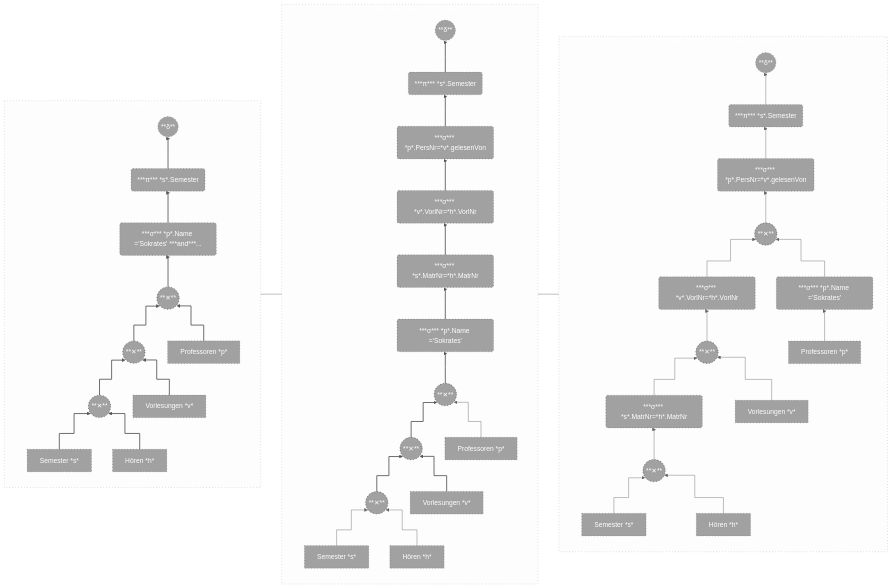
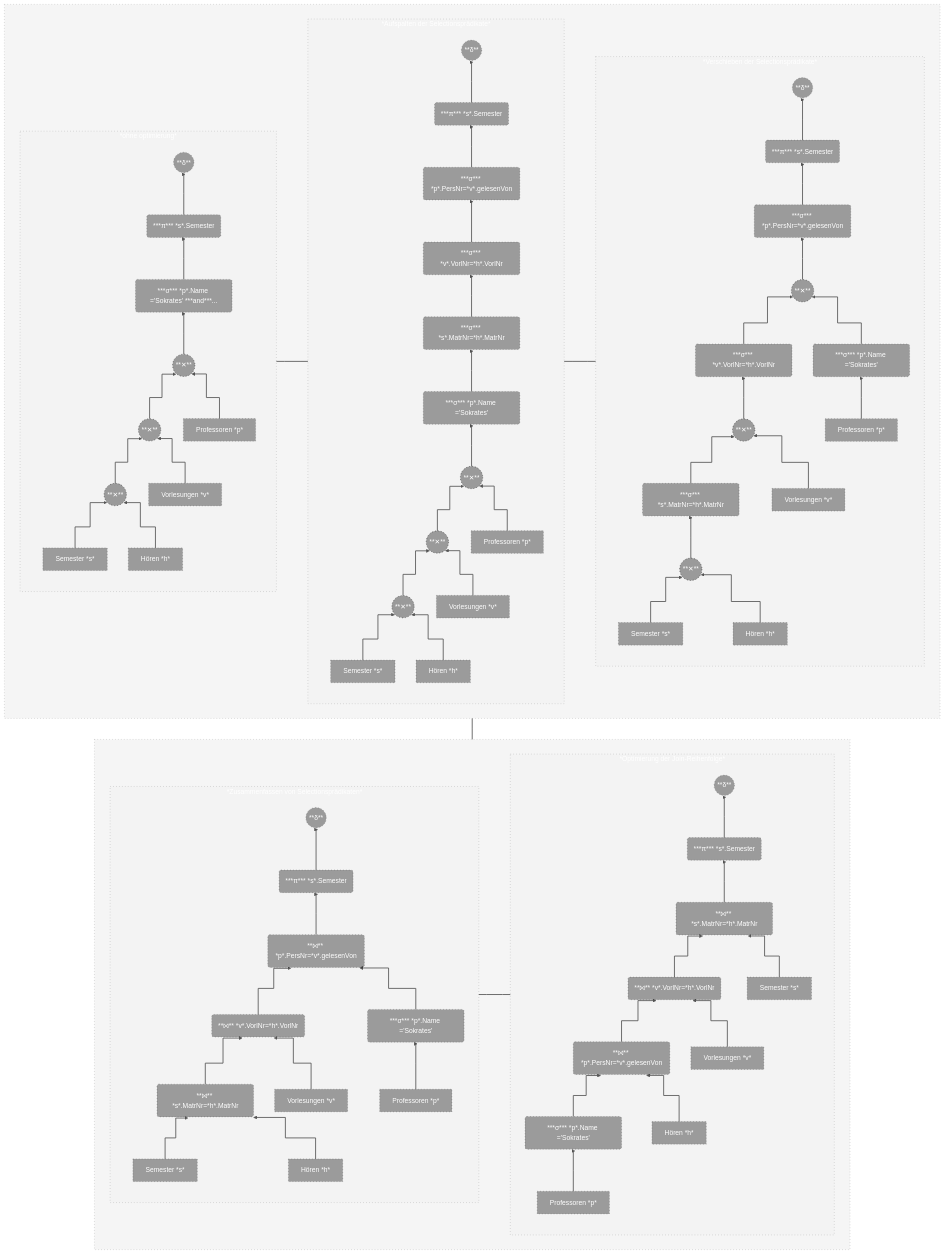
Before and after one commit to IxI-Enki/DbiTheorie-001: the diagram in diagrams/logische-optimierung.md, drawn with Mermaid (neutral theme). The commit also changed other lines of this file, not shown here.

````diff
--- a/diagrams/logische-optimierung.md
+++ b/diagrams/logische-optimierung.md
@@ -8,13 +8,15 @@
 ```mermaid
 %%{init: { "flowchart": { "curve": "step" } } }%%
 
-flowchart LR
+flowchart TB
 %% ____________________________________________________________________________
   classDef steps fill:#00000002, stroke:#0000005a, stroke-width:1px, color:#fff, stroke-dasharray: 2 5;
   classDef cross fill:#0000005d, stroke:#0000008a, stroke-width:2px, color:#fff, stroke-dasharray: 2 5;
   classDef node fill:#0000005d, stroke:#0000008a, stroke-width:1px, color:#fff, stroke-dasharray: 2 5;
   classDef sub fill:#0000000b, stroke:#ffffff0e, stroke-width:1px, color:#fff;
-%% classDef note fill:#00000031, stroke:#0000005a, stroke-width:1px, color:#fff, stroke-dasharray: 2 5;
+  classDef OU  fill:#0000000a, stroke:#0000005a, stroke-width:1px, color:#fff, stroke-dasharray: 2 5;
+subgraph O[  ]
+    direction LR
 
   subgraph step0[ *ohne optimierung* ]
   %% __________________________________
@@ -34,26 +36,17 @@
     class x,x2,x3 cross;
     class 0,1,2,p,v,s,h node;
   %% -------------------
-    %% 0
     1  --> 0
-    %% 1
     2  --> 1
-    %% 2
     x  --> 2
-    %% 3
     x2 --> x
-    %% 4
     x3 --> x2
-    %% 5
     v  --> x2
-    %% 6
     p  --> x
-    %% 7
     s  --> x3
-    %% 8
+    h  --> x3
     %% .........
-    h  --> x3
-    linkStyle 0,1,2,3,4,5,6,7,8 fill:none, stroke:#555, stroke-width:2px, color:white;
+    linkStyle default fill:none, stroke:#555, stroke-width:2px, color:white;
   %% -------------------
     %%  subgraph sub0 [" "]
     %%    0
@@ -81,12 +74,6 @@
   subgraph step1[ *Aufspalten der Selectionsprädikate* ]
     direction BT
   %% __________________________________
-    %% _21a -.-x 21a
-    %% _21a -.-x 21b
-    %% _21a -.-x 21c
-    %% _21a -.-x 21d
-    %% _21a(***σ*** *p*.PersNr=*v*.gelesenVon)
-  %% -------------------
     01((**δ**))
     11(***π*** *s*.Semester )
     21a(***σ*** *p*.PersNr=*v*.gelesenVon)
@@ -116,21 +103,12 @@
     p1   --> x_ 
     s1   --> x3_
     h1   --> x3_
-    %% .........
-    linkStyle 9,10,11,12,13,14,15,16,17 fill:none, stroke:#555, stroke-width:2px, color:white;
-  %% -------------------
   end
   %% __________________________________
 
 subgraph step2[ *Verschieben der Selectionsprädikate* ]
     direction BT
   %% __________________________________
-    %% _21a -.-x 21a
-    %% _21a -.-x 21b
-    %% _21a -.-x 21c
-    %% _21a -.-x 21d
-    %% _21a(***σ*** *p*.PersNr=*v*.gelesenVon)
-  %% -------------------
       02((**δ**))
       12(***π*** *s*.Semester )
       22a(***σ*** *p*.PersNr=*v*.gelesenVon)
@@ -146,7 +124,6 @@
     x3_2((**✕**))
     %% .........
     class x_2,x2_2,x3_2 cross;
-  %%  class 02,12,22,p2,v2,s2,h2 node;
   %% -------------------
       12  -->   02
       22a -->   12
@@ -160,15 +137,72 @@
       p2  -->  22d 
       s2  --> x3_2
       h2  --> x3_2
-    %% .........
-    linkStyle 9,10,11,12,13,14,15,16,17 fill:none, stroke:#555, stroke-width:2px, color:white;
-  %% -------------------
   end
   %% __________________________________
 
-  
-  %% .........
   step0 --- step1
   step1 --- step2
   class step0,step1,step2 steps;
+end
+
+subgraph U[ ]
+  direction LR
+%% ____________________________________________________________________________
+subgraph step3[ *Zusammenfassen von Selectionsprädikaten* ]
+    direction BT
+  %% __________________________________
+      03((**δ**))
+      13(***π*** *s*.Semester )
+      23a(**⨝** *p*.PersNr=*v*.gelesenVon)
+      23b(**⨝** *v*.VorlNr=*h*.VorlNr)
+      23c(**⨝** *s*.MatrNr=*h*.MatrNr)
+      23d(***σ*** *p*.Name ='Sokrates')
+      p3[Professoren *p*]
+      s3[Semester *s*]
+      h3[Hören *h*]
+      v3[Vorlesungen *v*]
+  %% -------------------
+      13  --> 03
+      23a --> 13
+      23b --> 23a
+      23c --> 23b
+      23d --> 23a
+      v3  --> 23b
+      p3  --> 23d 
+      s3  --> 23c
+      h3  --> 23c
+  end
+  %% __________________________________
+
+subgraph step4[ *Optimierung der Join-Reihenfolge* ]
+    direction BT
+  %% __________________________________
+      04((**δ**))
+      14(***π*** *s*.Semester )
+      24a(**⨝** *p*.PersNr=*v*.gelesenVon)
+      24b(**⨝** *v*.VorlNr=*h*.VorlNr)
+      24c(**⨝** *s*.MatrNr=*h*.MatrNr)
+      24d(***σ*** *p*.Name ='Sokrates')
+      p4[Professoren *p*]
+      s4[Semester *s*]
+      h4[Hören *h*]
+      v4[Vorlesungen *v*]
+  %% -------------------
+      14  --> 04
+      24a --> 24b
+      24b --> 24c
+      24c --> 14
+      24d --> 24a
+      v4  --> 24b
+      p4  --> 24d 
+      s4  --> 24c
+      h4  --> 24a
+  end
+  %% __________________________________
+  
+  step3 --- step4
+  class step3,step4 steps;
+  end
+  O --- U
+  class O,U OU
 ```
````
